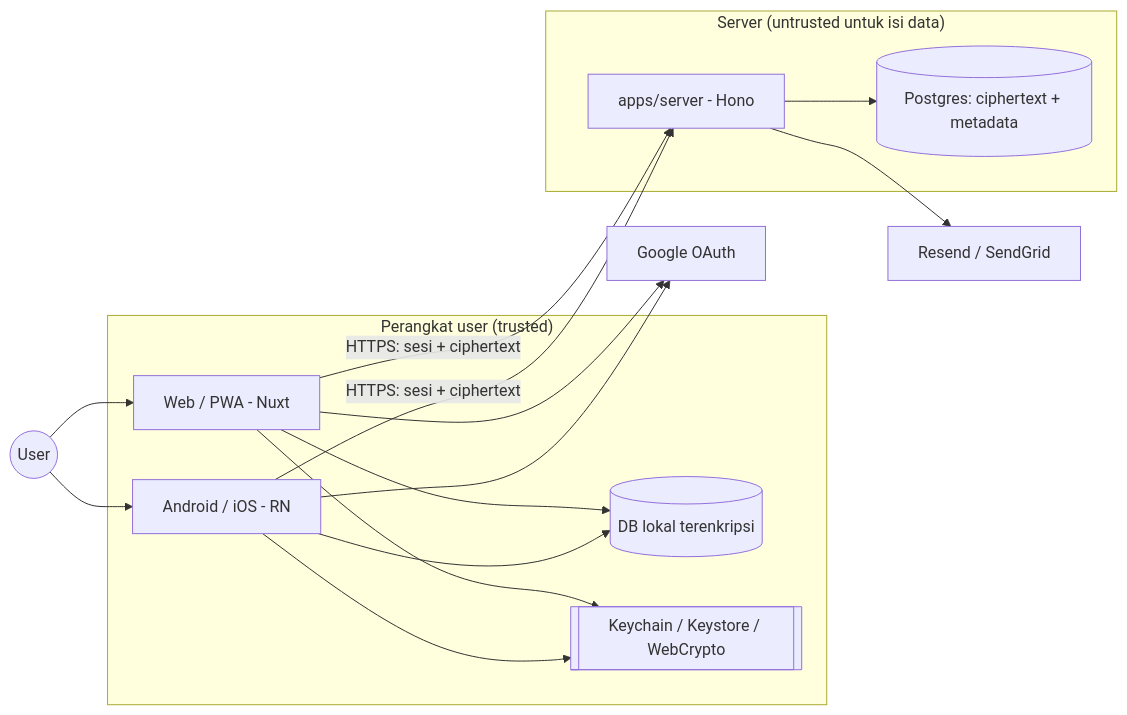
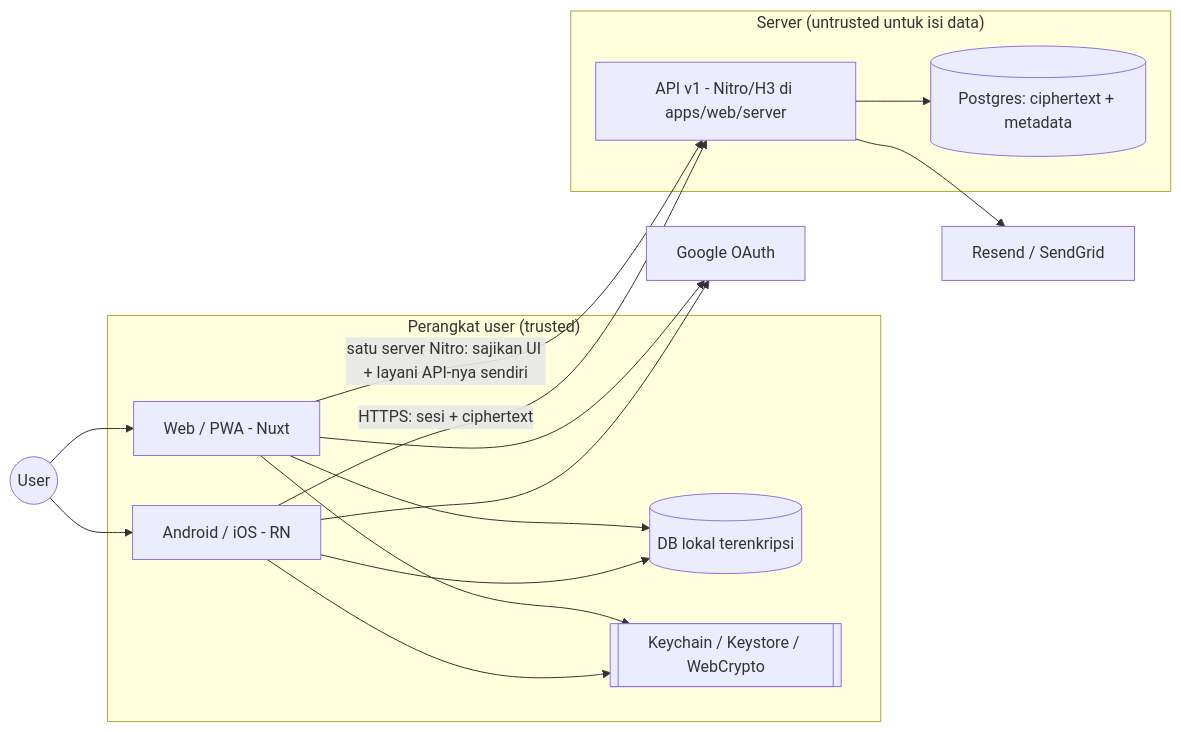
Before and after one commit to rijalsolahudin/improve-personal-web: the first of 4 diagrams in ARCHITECTURE.md, drawn with Mermaid. The commit also changed other lines of this file and 163 other files, not shown here.

Commit message:
feat: add QA report for backend apps/web (PRD T19 + T21) with detailed test coverage and findings

````diff
--- a/ARCHITECTURE.md
+++ b/ARCHITECTURE.md
@@ -49,23 +49,24 @@
 ```mermaid
 flowchart LR
   U((User))
   subgraph Device["Perangkat user (trusted)"]
     W[Web / PWA - Nuxt]
     M[Android / iOS - RN]
     LDB[(DB lokal terenkripsi)]
     KS[[Keychain / Keystore / WebCrypto]]
   end
   subgraph Cloud["Server (untrusted untuk isi data)"]
-    API[apps/server - Hono]
+    API[API v1 - Nitro/H3 di apps/web/server]
     PG[(Postgres: ciphertext + metadata)]
   end
   MAIL[Resend / SendGrid]
   G[Google OAuth]
   U --> W & M
   W & M --> LDB
   W & M --> KS
-  W & M -- HTTPS: sesi + ciphertext --> API
+  W -- "satu server Nitro: sajikan UI + layani API-nya sendiri" --> API
+  M -- "HTTPS: sesi + ciphertext" --> API
   API --> PG
   API --> MAIL
   W & M --> G
 ```
````
